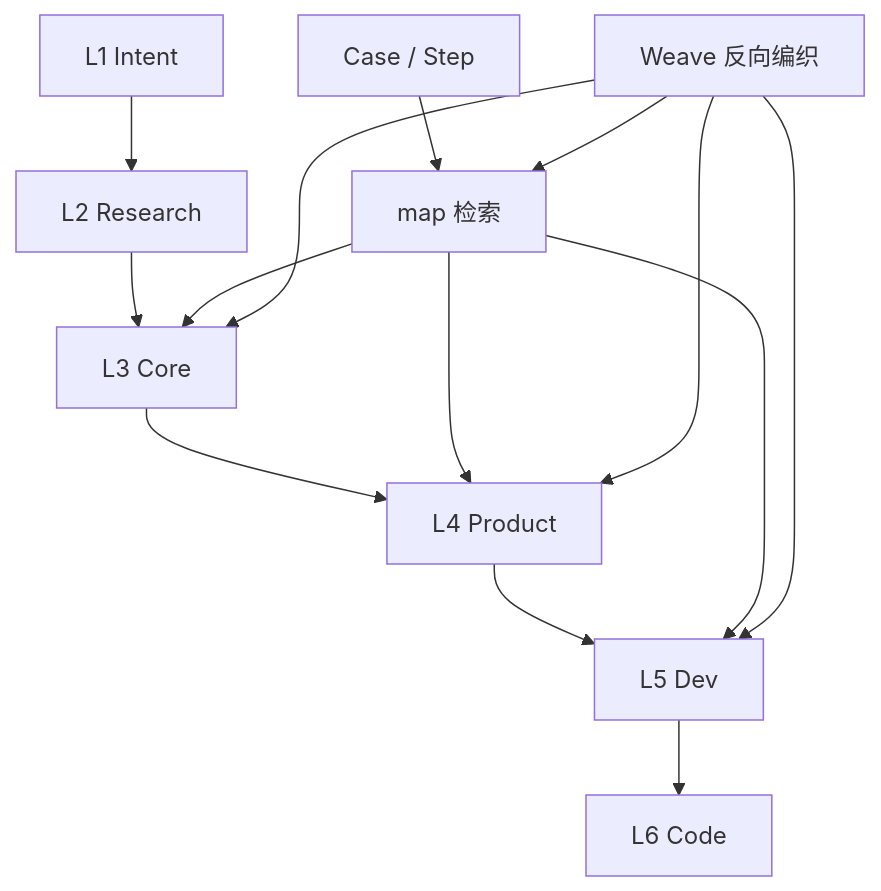
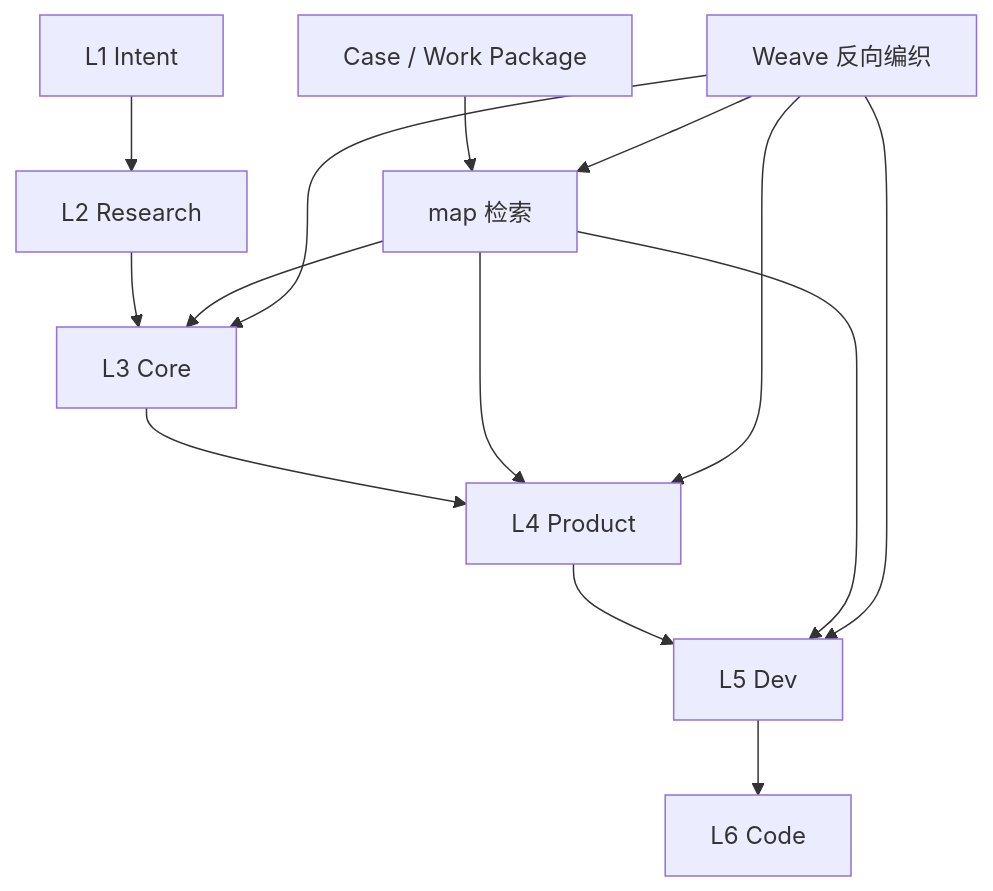
The diagram in _adoc/L3-core/map.md (KarnaughK/AIPD), drawn with Mermaid before and after one commit. The commit also changed other lines of this file and 33 other files, not shown here.

````diff
--- a/_adoc/L3-core/map.md
+++ b/_adoc/L3-core/map.md
@@ -35,16 +35,16 @@
 ```mermaid
 flowchart TD
     L1["L1 Intent"] --> L2["L2 Research"]
     L2 --> L3["L3 Core"]
     L3 --> L4["L4 Product"]
     L4 --> L5["L5 Dev"]
     L5 --> L6["L6 Code"]
     Map["map 检索"] --> L3
     Map --> L4
     Map --> L5
-    Case["Case / Step"] --> Map
+    Case["Case / Work Package"] --> Map
     Weave["Weave 反向编织"] --> Map
     Weave --> L3
     Weave --> L4
     Weave --> L5
 ```
````
